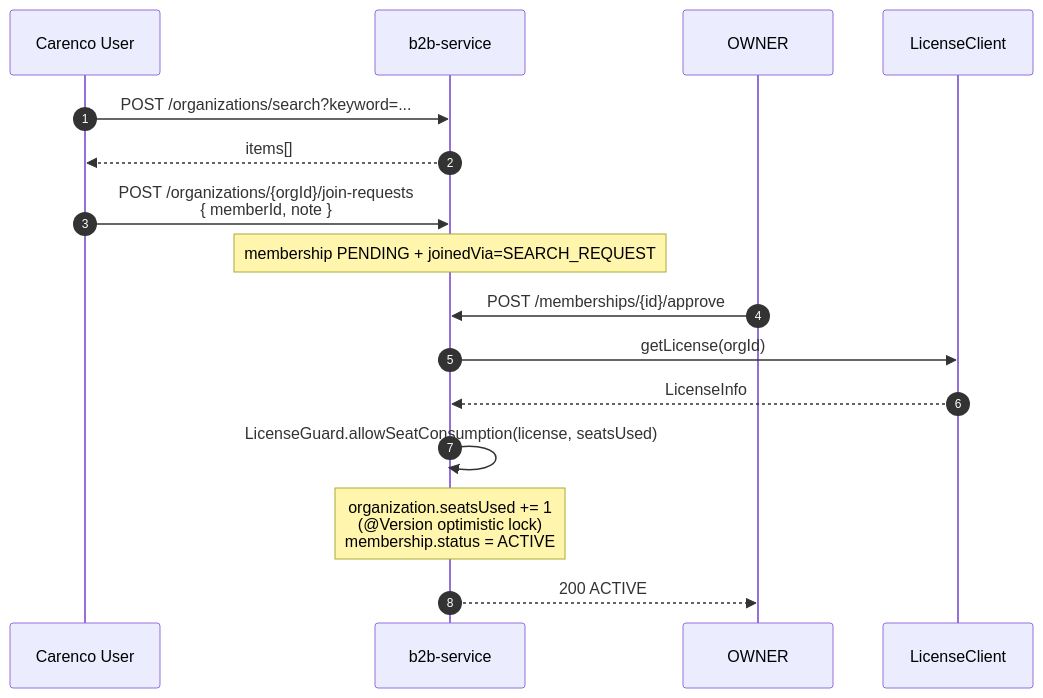
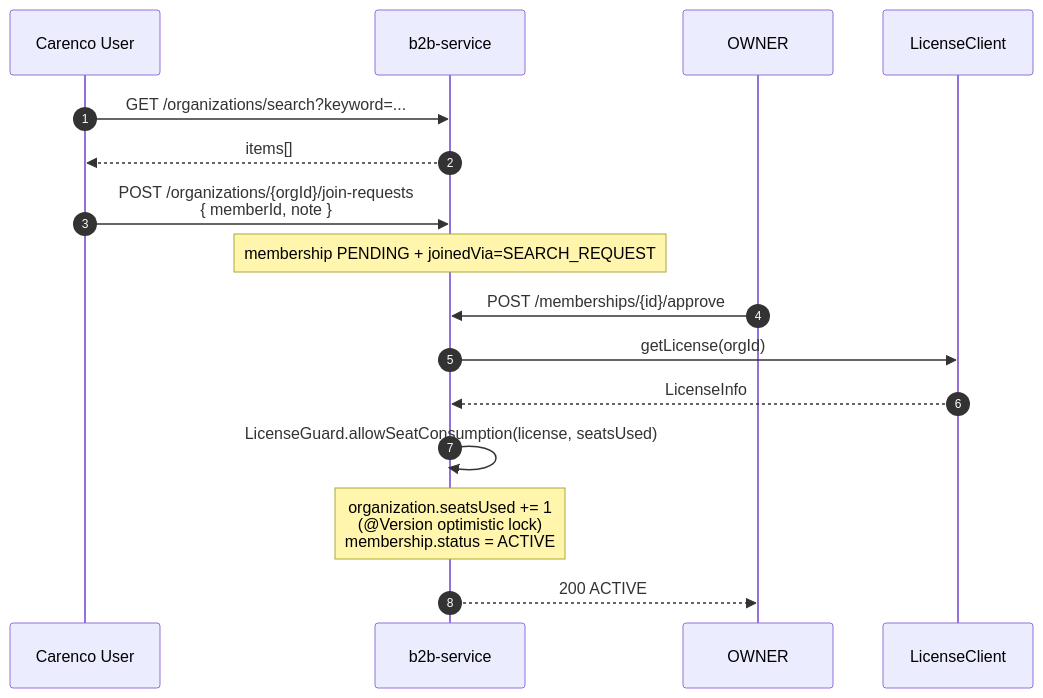
Before and after one commit to Care-Co/Documents-Repository: the third of 10 diagrams in docs/apis/b2b-service.md, drawn with Mermaid. The commit also changed other lines of this file, not shown here.

````diff
--- a/docs/apis/b2b-service.md
+++ b/docs/apis/b2b-service.md
@@ -96,18 +103,18 @@
 ```mermaid
 sequenceDiagram
     autonumber
     participant U as Carenco User
     participant B as b2b-service
     participant O as OWNER
     participant L as LicenseClient
-    U->>B: POST /organizations/search?keyword=...
+    U->>B: GET /organizations/search?keyword=...
     B-->>U: items[]
     U->>B: POST /organizations/{orgId}/join-requests<br/>{ memberId, note }
     Note over B: membership PENDING + joinedVia=SEARCH_REQUEST
     O->>B: POST /memberships/{id}/approve
     B->>L: getLicense(orgId)
     L-->>B: LicenseInfo
     B->>B: LicenseGuard.allowSeatConsumption(license, seatsUsed)
     Note over B: organization.seatsUsed += 1<br/>(@Version optimistic lock)<br/>membership.status = ACTIVE
     B-->>O: 200 ACTIVE
 ```
````
